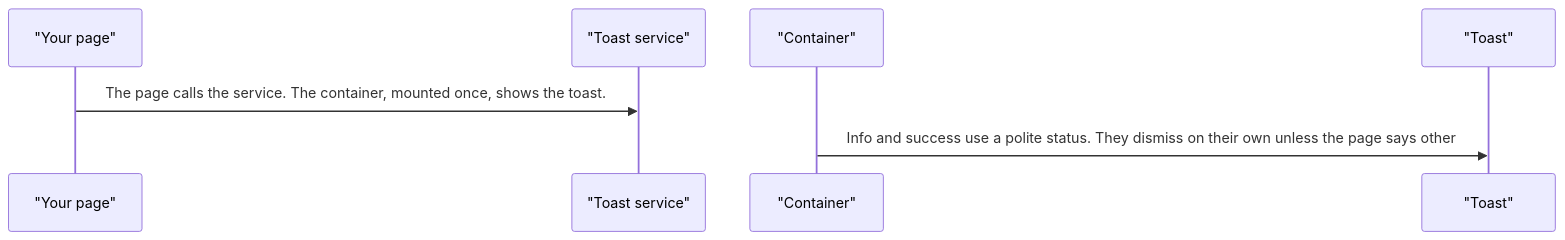
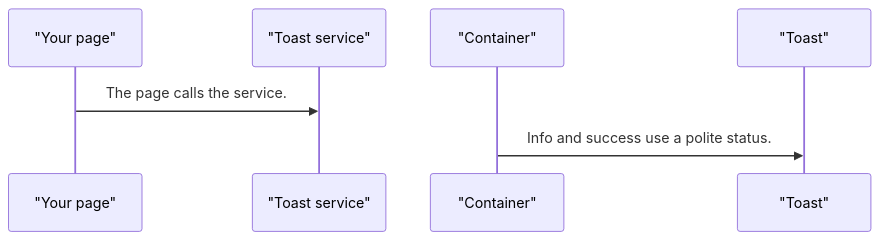
Before and after one commit to RajshekharBorate/pixel-ui: the second of 4 diagrams in projects/pixel-ui/src/lib/pixel-toast/DESIGN.md, drawn with Mermaid. The commit also changed other lines of this file and 80 other files, not shown here.

Commit message:
Fill missing design flows and correct the stories that did not match component behavior.

````diff
--- a/projects/pixel-ui/src/lib/pixel-toast/DESIGN.md
+++ b/projects/pixel-ui/src/lib/pixel-toast/DESIGN.md
@@ -52,9 +52,9 @@
 ```mermaid
 sequenceDiagram
   participant page as "Your page"
   participant service as "Toast service"
   participant container as "Container"
   participant toast as "Toast"
-  page->>service: The page calls the service. The container, mounted once, shows the toast.
-  container->>toast: Info and success use a polite status. They dismiss on their own unless the page says other
+  page->>service: The page calls the service.
+  container->>toast: Info and success use a polite status.
 ```
````
